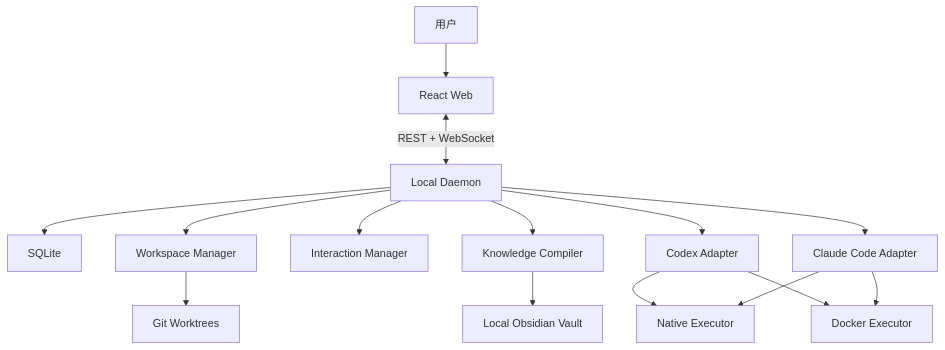
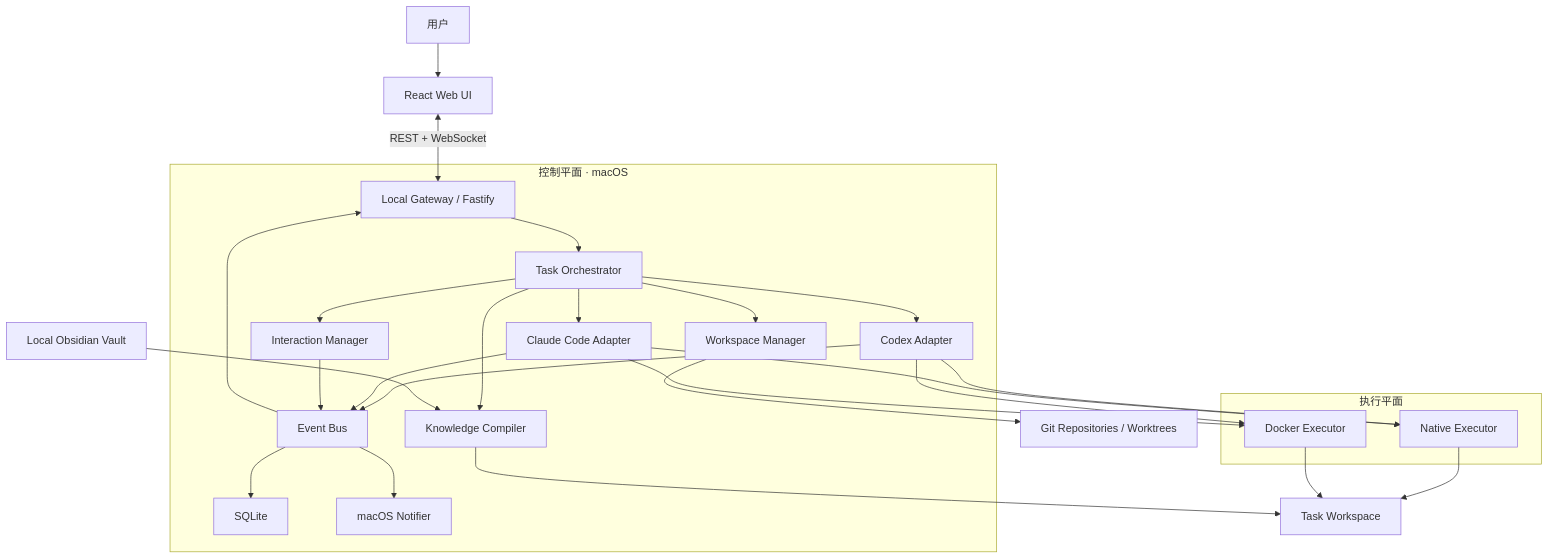
Before and after one commit to noO0oOo0ob/Agents-Workspaces: the first of 7 diagrams in docs/03-P0技术方案.md, drawn with Mermaid. The commit also changed other lines of this file and 2 other files, not shown here.

````diff
--- a/docs/03-P0技术方案.md
+++ b/docs/03-P0技术方案.md
@@ -16,17 +21,46 @@
 ```mermaid
 flowchart TB
-    U[用户] --> WEB[React Web]
-    WEB <-->|REST + WebSocket| D[Local Daemon]
-    D --> DB[SQLite]
-    D --> WM[Workspace Manager]
-    D --> IM[Interaction Manager]
-    D --> KC[Knowledge Compiler]
-    D --> CA[Codex Adapter]
-    D --> CLA[Claude Code Adapter]
-    CA --> N[Native Executor]
-    CA --> DK[Docker Executor]
-    CLA --> N
-    CLA --> DK
-    WM --> G[Git Worktrees]
-    KC --> O[Local Obsidian Vault]
+    U["用户"] --> WEB["React Web UI"]
+    WEB <-->|"REST + WebSocket"| API["Local Gateway / Fastify"]
+
+    subgraph CONTROL["控制平面 · macOS"]
+        API
+        ORCH["Task Orchestrator"]
+        INT["Interaction Manager"]
+        EVT["Event Bus"]
+        DB["SQLite"]
+        WSM["Workspace Manager"]
+        KNOW["Knowledge Compiler"]
+        NOTIFY["macOS Notifier"]
+        CODEX["Codex Adapter"]
+        CLAUDE["Claude Code Adapter"]
+        API --> ORCH
+        ORCH --> INT
+        ORCH --> WSM
+        ORCH --> KNOW
+        ORCH --> CODEX
+        ORCH --> CLAUDE
+        CODEX --> EVT
+        CLAUDE --> EVT
+        INT --> EVT
+        EVT --> DB
+        EVT --> API
+        EVT --> NOTIFY
+    end
+
+    subgraph EXEC["执行平面"]
+        NATIVE["Native Executor"]
+        DOCKER["Docker Executor"]
+    end
+
+    CODEX --> NATIVE
+    CODEX --> DOCKER
+    CLAUDE --> NATIVE
+    CLAUDE --> DOCKER
+
+    WSM --> GIT["Git Repositories / Worktrees"]
+    NATIVE --> WS["Task Workspace"]
+    DOCKER --> WS
+    OBS["Local Obsidian Vault"] --> KNOW
+    KNOW --> WS
 ```
````
